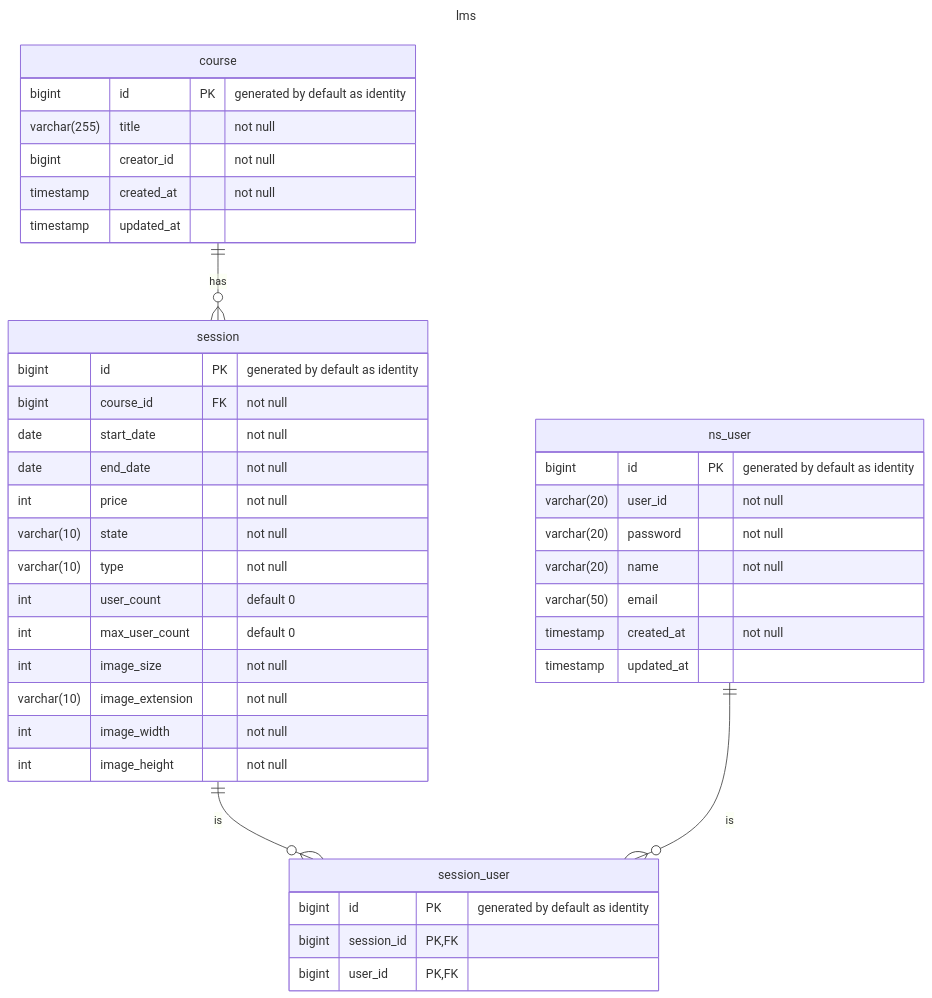
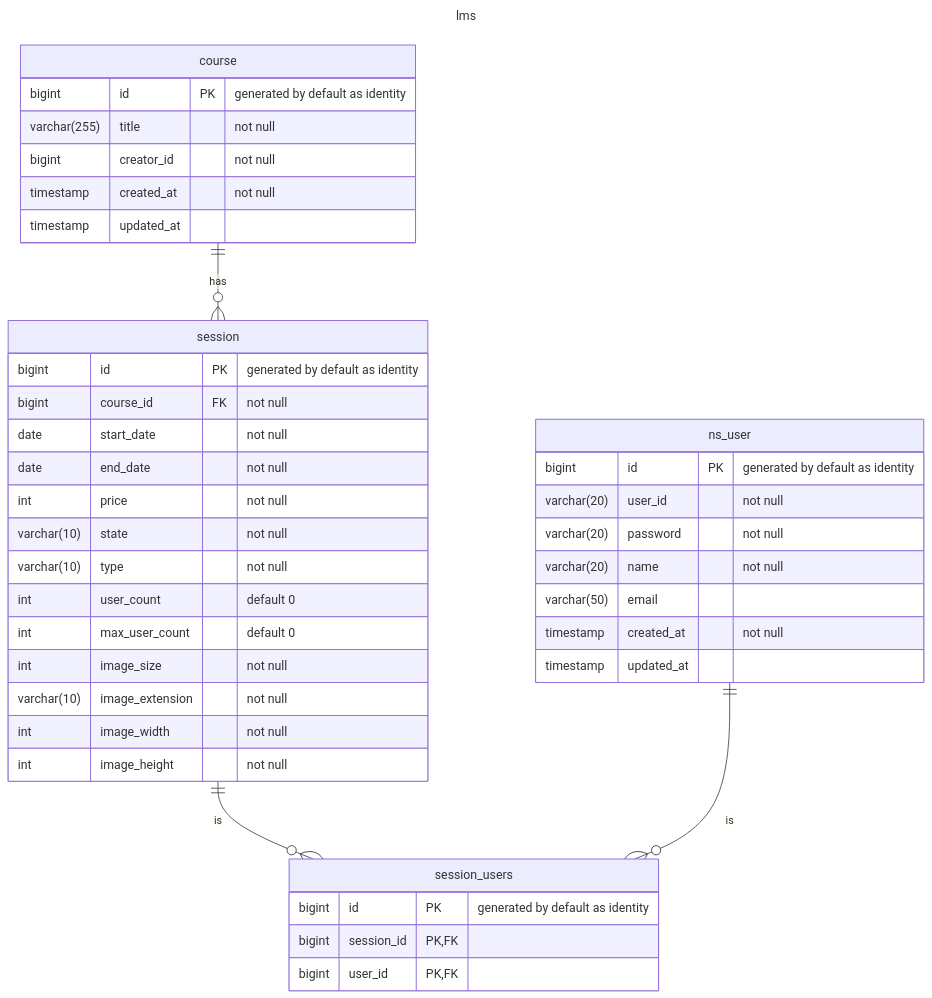
Before and after one commit to next-step/java-lms: the diagram in README.md, drawn with Mermaid. The commit also changed 9 other files, not shown here.

````diff
--- a/README.md
+++ b/README.md
@@ -77,45 +77,45 @@
 ```mermaid
 ---
 title: lms
 ---
 erDiagram
     course {
         bigint id PK "generated by default as identity"
         varchar(255) title "not null"
         bigint creator_id "not null"
         timestamp created_at "not null"
         timestamp updated_at
     }
     course ||--o{ session: has
     session {
         bigint id PK "generated by default as identity"
         bigint course_id FK "not null"
         date start_date "not null"
         date end_date "not null"
         int price "not null"
         varchar(10) state "not null"
         varchar(10) type "not null"
         int user_count "default 0"
         int max_user_count "default 0"
         int image_size "not null"
         varchar(10) image_extension "not null"
         int image_width "not null"
         int image_height "not null"
     }
-    session ||--o{ session_user: is
-    session_user {
+    session ||--o{ session_users: is
+    session_users {
         bigint id PK "generated by default as identity"
         bigint session_id PK, FK
         bigint user_id PK, FK
     }
-    ns_user ||--o{ session_user: is
+    ns_user ||--o{ session_users: is
     ns_user {
         bigint id PK "generated by default as identity"
         varchar(20) user_id "not null"
         varchar(20) password "not null"
         varchar(20) name "not null"
         varchar(50) email
         timestamp created_at "not null"
         timestamp updated_at
     }
 ```
````
